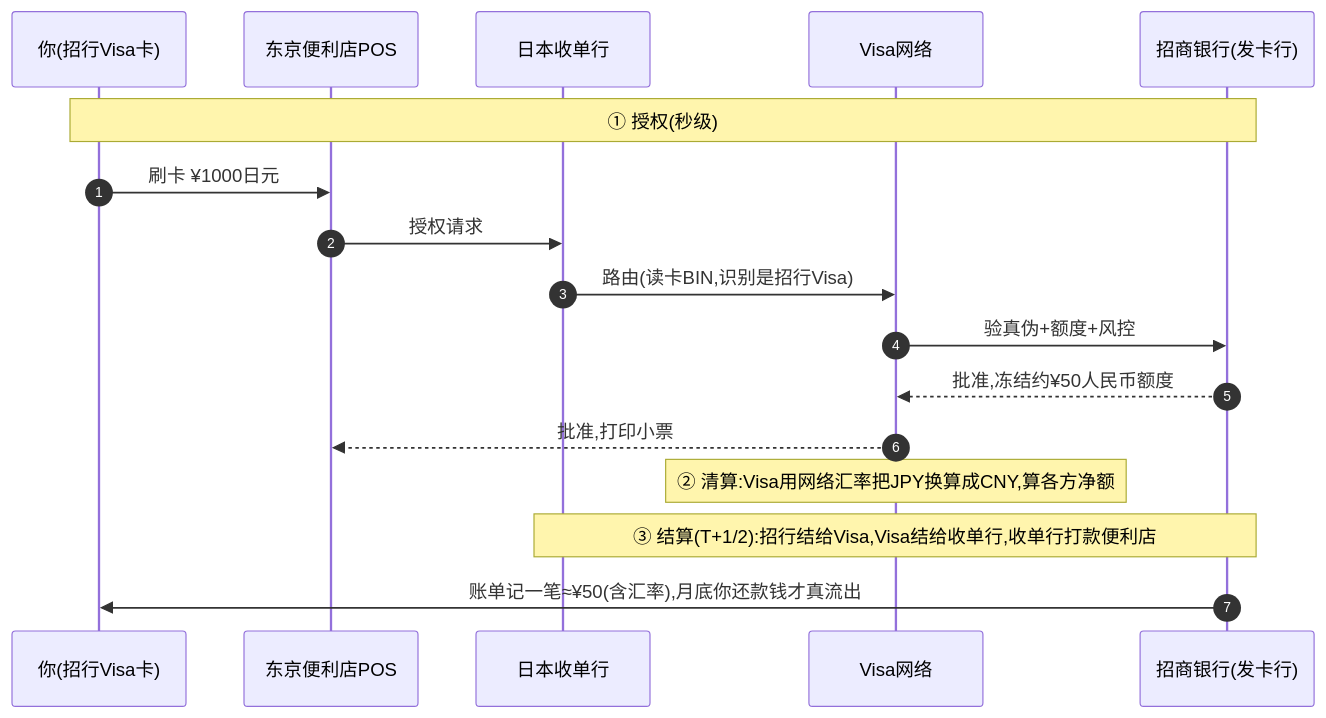
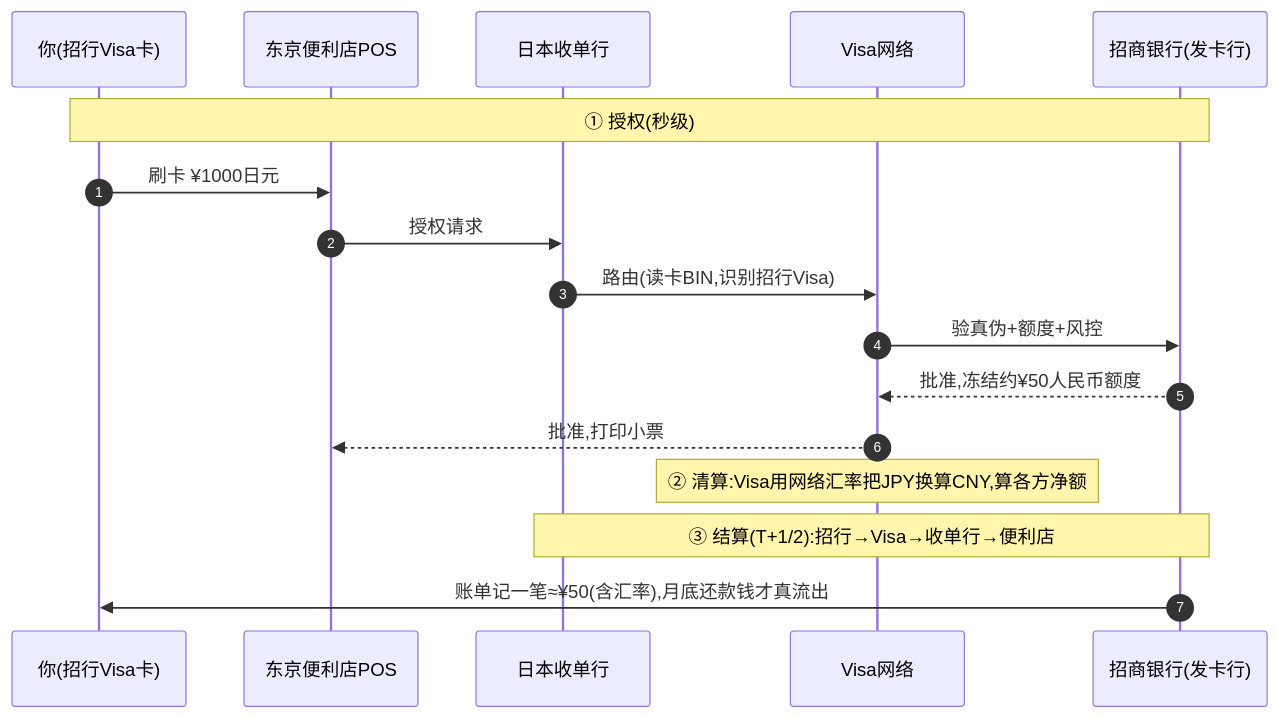
One commit to loong-ju/tech-research changed diagram 14 of 14 in payment/traditional-payment/01-cards-business.md. Above: the diagram before and after it, drawn with Mermaid. The commit also changed other lines of this file and 4 other files, not shown here.

````diff
--- a/payment/traditional-payment/01-cards-business.md
+++ b/payment/traditional-payment/01-cards-business.md
@@ -293,19 +418,19 @@
 ```mermaid
 sequenceDiagram
     autonumber
     participant CH as 你(招行Visa卡)
     participant POS as 东京便利店POS
     participant ACQ as 日本收单行
     participant CS as Visa网络
     participant ISS as 招商银行(发卡行)
     Note over CH,ISS: ① 授权(秒级)
     CH->>POS: 刷卡 ¥1000日元
     POS->>ACQ: 授权请求
-    ACQ->>CS: 路由(读卡BIN,识别是招行Visa)
+    ACQ->>CS: 路由(读卡BIN,识别招行Visa)
     CS->>ISS: 验真伪+额度+风控
     ISS-->>CS: 批准,冻结约¥50人民币额度
     CS-->>POS: 批准,打印小票
-    Note over CS: ② 清算:Visa用网络汇率把JPY换算成CNY,算各方净额
-    Note over ACQ,ISS: ③ 结算(T+1/2):招行结给Visa,Visa结给收单行,收单行打款便利店
-    ISS->>CH: 账单记一笔≈¥50(含汇率),月底你还款钱才真流出
+    Note over CS: ② 清算:Visa用网络汇率把JPY换算CNY,算各方净额
+    Note over ACQ,ISS: ③ 结算(T+1/2):招行→Visa→收单行→便利店
+    ISS->>CH: 账单记一笔≈¥50(含汇率),月底还款钱才真流出
 ```
````
